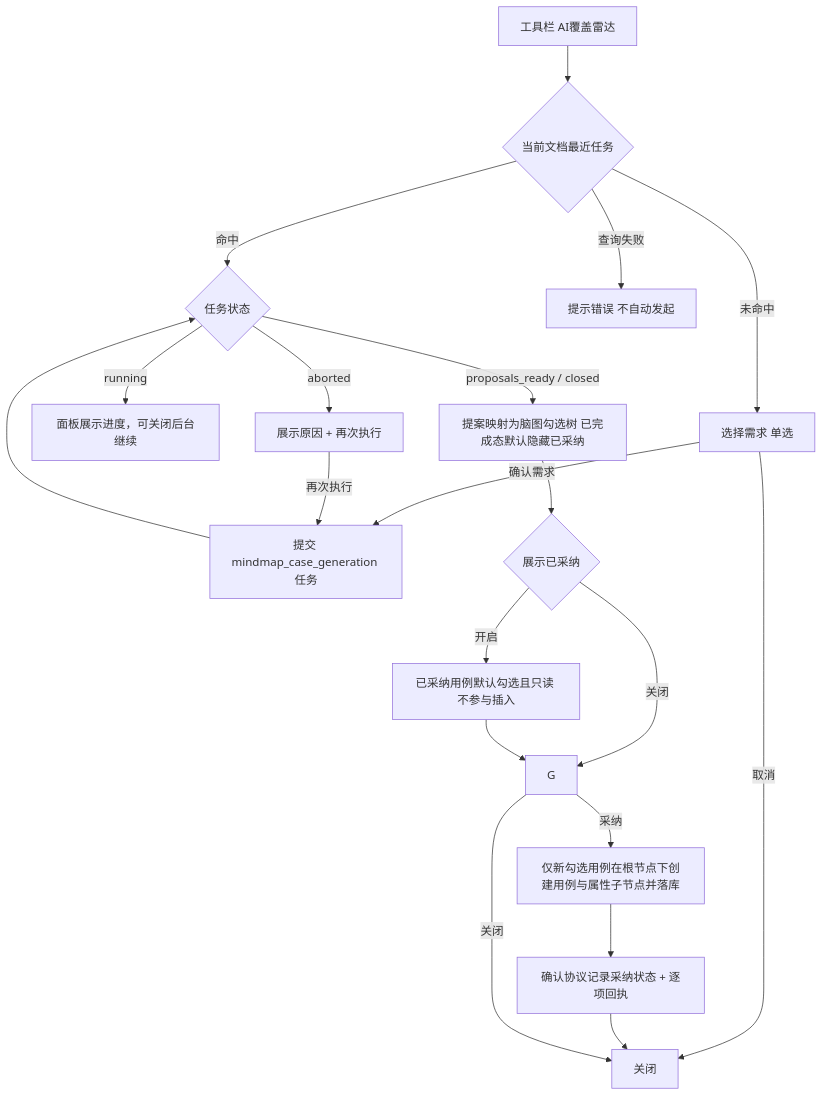
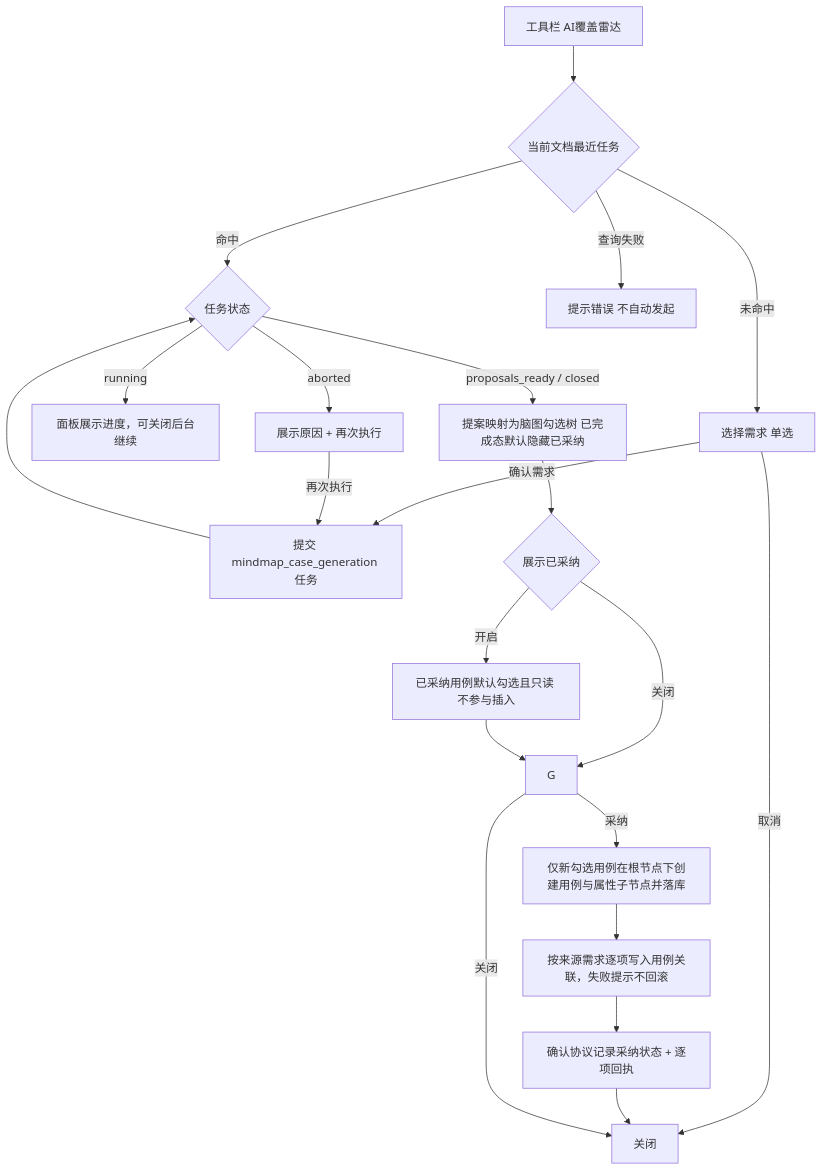
Before and after one commit to XiaoMiSum/robotest: the second of 2 diagrams in docs/05-interaction-design/07-ai-capability/07-assisted-features-ui.md, drawn with Mermaid. The commit also changed other lines of this file and 2 other files, not shown here.

````diff
--- a/docs/05-interaction-design/07-ai-capability/07-assisted-features-ui.md
+++ b/docs/05-interaction-design/07-ai-capability/07-assisted-features-ui.md
@@ -182,22 +182,23 @@
 ```mermaid
 flowchart TD
   A[工具栏 AI覆盖雷达] --> Q{当前文档最近任务}
   Q -- 命中 --> D{任务状态}
   Q -- 未命中 --> B[选择需求 单选]
   Q -- 查询失败 --> X[提示错误 不自动发起]
   B -- 取消 --> Z[关闭]
   B -- 确认需求 --> C[提交 mindmap_case_generation 任务]
   C --> D
   D -- running --> P[面板展示进度，可关闭后台继续]
   D -- aborted --> E[展示原因 + 再次执行]
   D -- proposals_ready / closed --> F[提案映射为脑图勾选树 已完成态默认隐藏已采纳]
   F --> F2{展示已采纳}
   F2 -- 开启 --> F3[已采纳用例默认勾选且只读 不参与插入]
   F2 -- 关闭 --> G
   F3 --> G
   G -- 采纳 --> H[仅新勾选用例在根节点下创建用例与属性子节点并落库]
-  H --> I[确认协议记录采纳状态 + 逐项回执]
+  H --> H2[按来源需求逐项写入用例关联，失败提示不回滚]
+   H2 --> I[确认协议记录采纳状态 + 逐项回执]
   I --> Z
   G -- 关闭 --> Z
   E -- 再次执行 --> C
 ```
````
